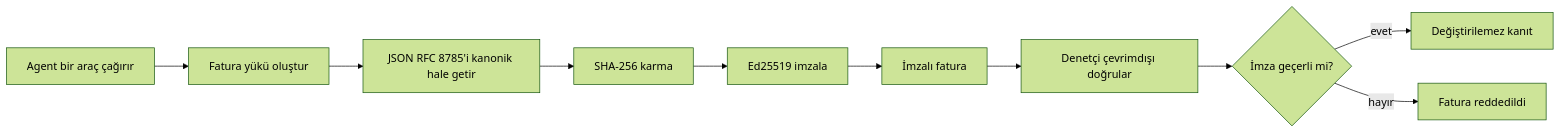
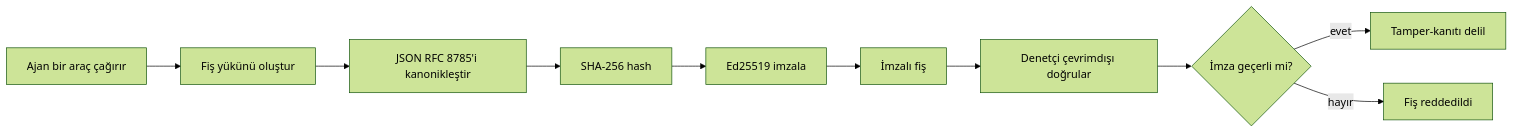
Before and after one commit to gabrielmoreira/agent-skills-mirror: the first of 2 diagrams in mirrors/repos/microsoft@ai-agents-for-beginners/translations/tr/18-securing-ai-agents/README.md, drawn with Mermaid (forest theme). The commit also changed other lines of this file and 2285 other files, not shown here.

````diff
--- a/mirrors/repos/microsoft@ai-agents-for-beginners/translations/tr/18-securing-ai-agents/README.md
+++ b/mirrors/repos/microsoft@ai-agents-for-beginners/translations/tr/18-securing-ai-agents/README.md
@@ -51,12 +51,12 @@
 ```mermaid
 flowchart LR
-    A[Agent bir araç çağırır] --> B[Fatura yükü oluştur]
-    B --> C[JSON RFC 8785'i kanonik hale getir]
-    C --> D[SHA-256 karma]
+    A[Ajan bir araç çağırır] --> B[Fiş yükünü oluştur]
+    B --> C[JSON RFC 8785'i kanonikleştir]
+    C --> D[SHA-256 hash]
     D --> E[Ed25519 imzala]
-    E --> F[İmzalı fatura]
+    E --> F[İmzalı fiş]
     F --> G[Denetçi çevrimdışı doğrular]
     G --> H{İmza geçerli mi?}
-    H -- evet --> I[Değiştirilemez kanıt]
-    H -- hayır --> J[Fatura reddedildi]
+    H -- evet --> I[Tamper-kanıtı delil]
+    H -- hayır --> J[Fiş reddedildi]
 ```
````
